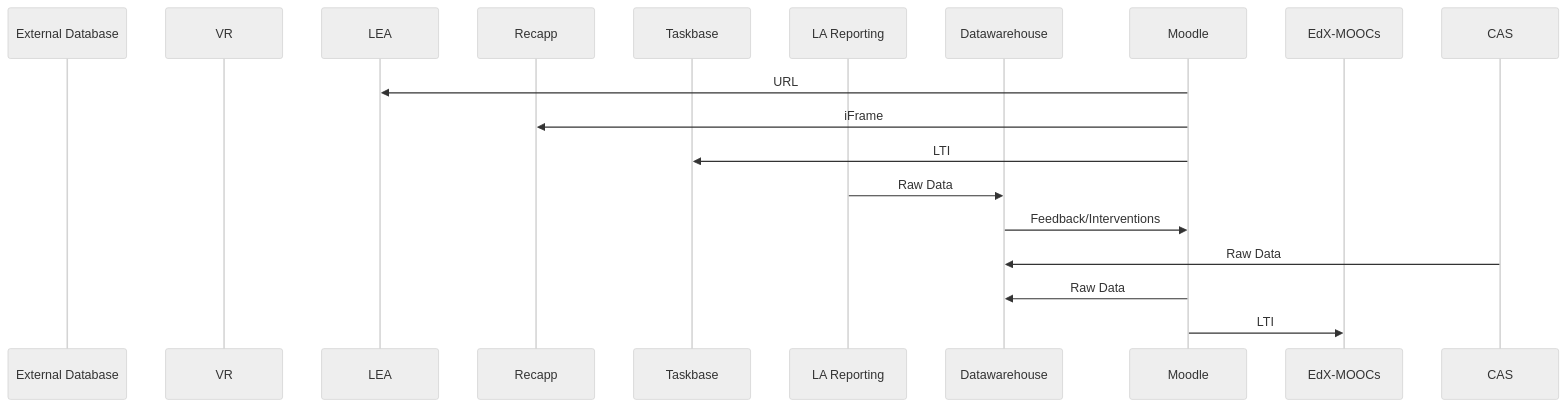
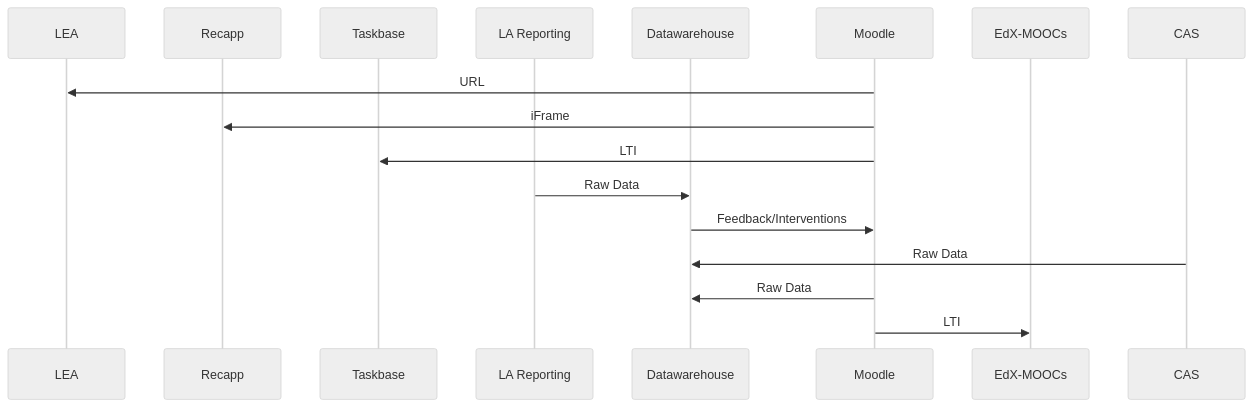
One commit to tp3900/pagedemo changed the diagram in schematest.md. Above: the diagram before and after it, drawn with Mermaid (neutral theme).

````diff
--- a/schematest.md
+++ b/schematest.md
@@ -1,21 +1,23 @@
 ```mermaid
 sequenceDiagram
-    participant External Database
-    participant VR 
+   # participant External Database
+   # participant VR 
+
     participant LEA
     participant Recapp
     participant Taskbase
     participant LA Reporting
     participant Datawarehouse
     participant Moodle
     participant EdX-MOOCs
     participant CAS
     Moodle->>LEA: URL
     Moodle->>Recapp: iFrame
     Moodle->>Taskbase: LTI
     LA Reporting->>Datawarehouse: Raw Data
     Datawarehouse->>Moodle: Feedback/Interventions
     CAS->>Datawarehouse: Raw Data
     Moodle->>Datawarehouse: Raw Data
     Moodle->>EdX-MOOCs: LTI
+  
 ```
````
